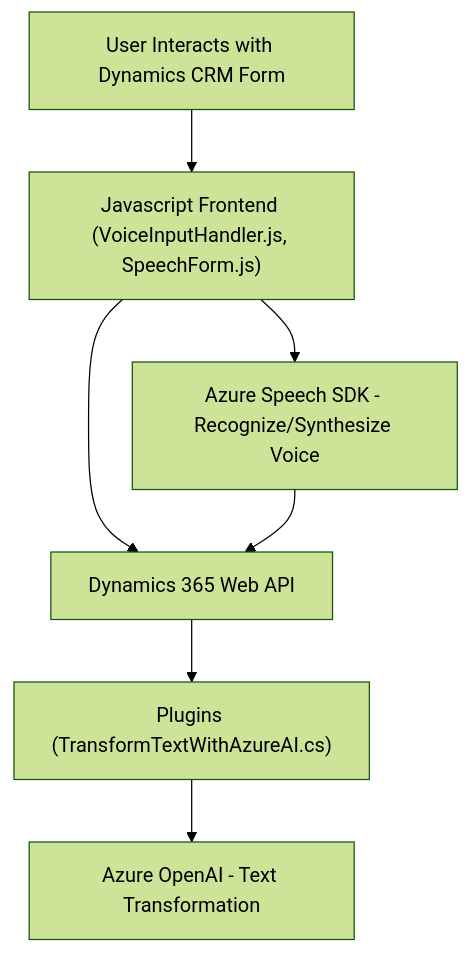
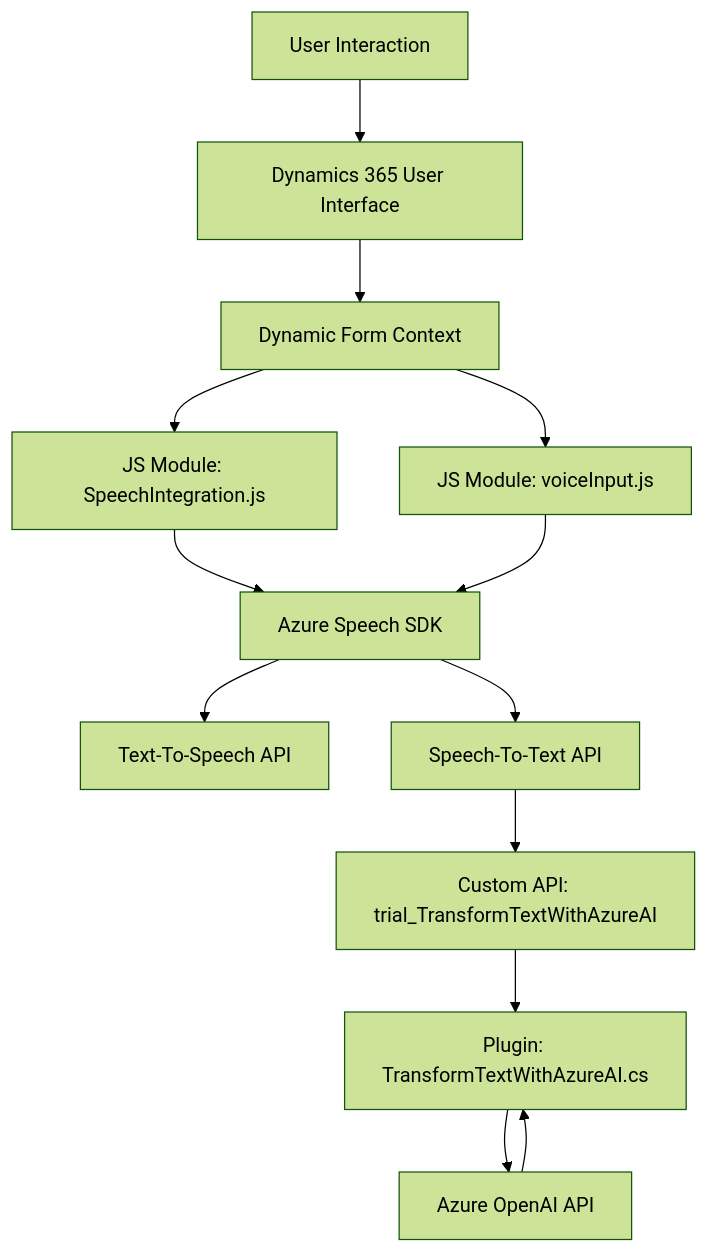
One commit to blopezdm/NETCORE_BILBAO2025 changed the diagram in README.md. Above: the diagram before and after it, drawn with Mermaid (forest theme). The commit also changed other lines of this file, not shown here.

````diff
--- a/README.md
+++ b/README.md
@@ -43,16 +37,19 @@
 ```mermaid
 graph TD
-    A["User Interacts with Dynamics CRM Form"]
-    B["Javascript Frontend (VoiceInputHandler.js, SpeechForm.js)"]
-    C["Azure Speech SDK - Recognize/Synthesize Voice"]
-    D["Plugins (TransformTextWithAzureAI.cs)"]
-    E["Azure OpenAI - Text Transformation"]
-    F["Dynamics 365 Web API"]
-
-    A --> B
-    B --> C
-    B --> F
-    C --> F
-    F --> D
-    D --> E
+    A["User Interaction"] --> B["Dynamics 365 User Interface"]
+    B --> C["Dynamic Form Context"]
+    C --> D["JS Module: SpeechIntegration.js"]
+    C --> E["JS Module: voiceInput.js"]
+    
+    D --> F["Azure Speech SDK"]
+    E --> F
+    
+    F --> G["Text-To-Speech API"]
+    F --> H["Speech-To-Text API"]
+    
+    H --> I["Custom API: trial_TransformTextWithAzureAI"]
+    I --> J["Plugin: TransformTextWithAzureAI.cs"]
+    
+    J --> K["Azure OpenAI API"]
+    K --> J
 ```
````
